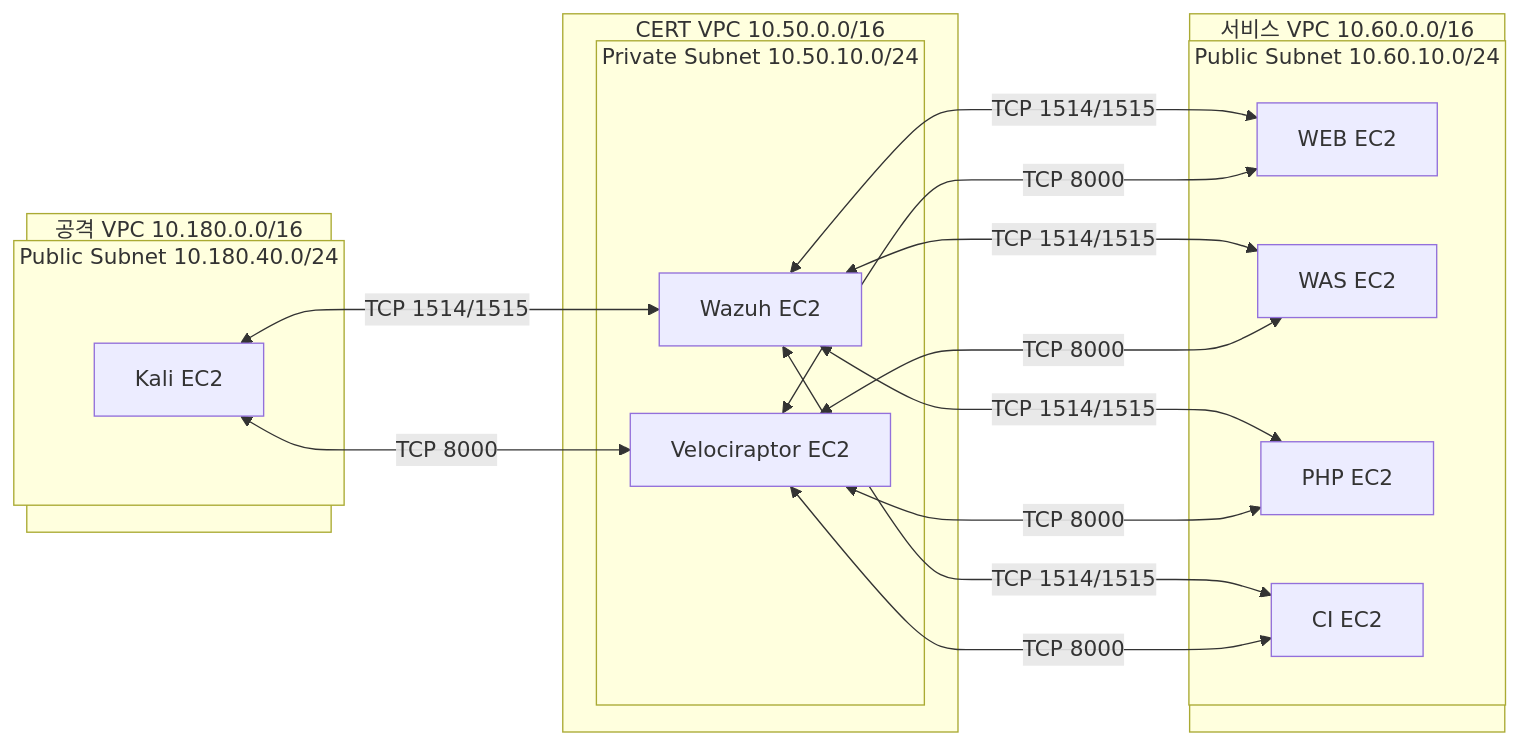
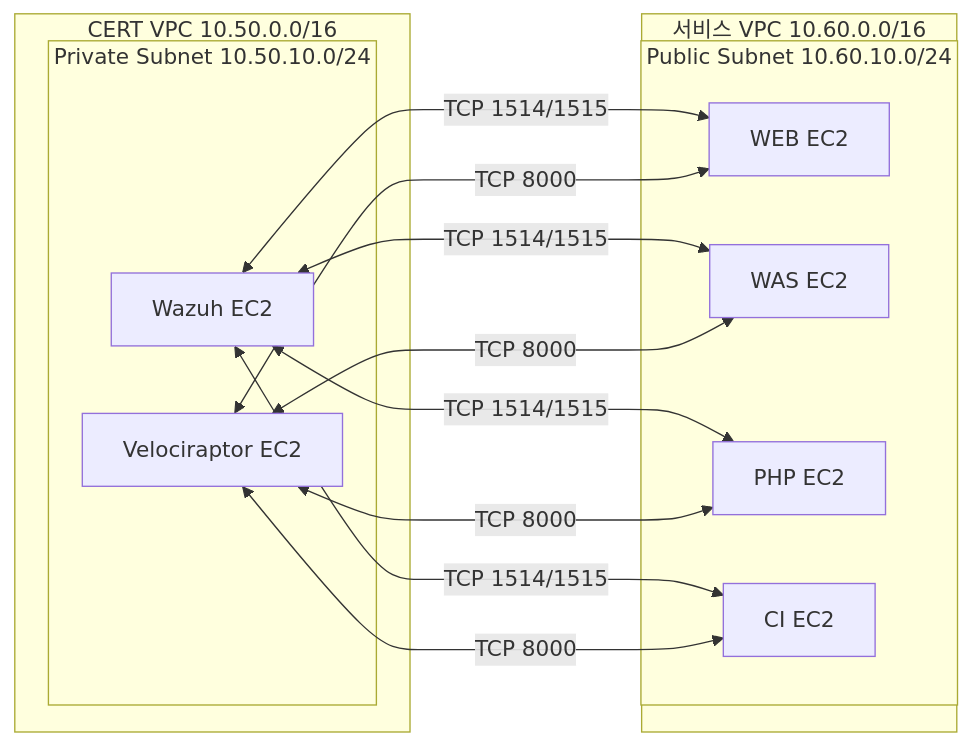
Before and after one commit to kintoun-secops/kintoun-infra: the third of 3 diagrams in docs/modules/platform/connectivity.md, drawn with Mermaid. The commit also changed other lines of this file and 17 other files, not shown here.

````diff
--- a/docs/modules/platform/connectivity.md
+++ b/docs/modules/platform/connectivity.md
@@ -43,32 +34,25 @@
 ```mermaid
 flowchart LR
-    subgraph VPC1["공격 VPC 10.180.0.0/16"]
-        subgraph Sub1["Public Subnet 10.180.40.0/24"]
-            Kali["Kali EC2"]
-        end
-    end
     subgraph VPC2["서비스 VPC 10.60.0.0/16"]
         subgraph Sub2["Public Subnet 10.60.10.0/24"]
             WEB["WEB EC2"]
             WAS["WAS EC2"]
             PHP["PHP EC2"]
             CI["CI EC2"]
         end
     end
     subgraph VPC3["CERT VPC 10.50.0.0/16"]
         subgraph Sub3["Private Subnet 10.50.10.0/24"]
             Wazuh["Wazuh EC2"]
             Velo["Velociraptor EC2"]
         end
     end 
-Kali <-->|"TCP 1514/1515"| Wazuh
-Kali <-->|"TCP 8000"| Velo
 Wazuh <-->|"TCP 1514/1515"| WEB
 Wazuh <-->|"TCP 1514/1515"| WAS
 Wazuh <-->|"TCP 1514/1515"| PHP
 Wazuh <-->|"TCP 1514/1515"| CI
 Velo <-->|"TCP 8000"| WEB
 Velo <-->|"TCP 8000"| WAS
 Velo <-->|"TCP 8000"| PHP
 Velo <-->|"TCP 8000"| CI
 ```
````
